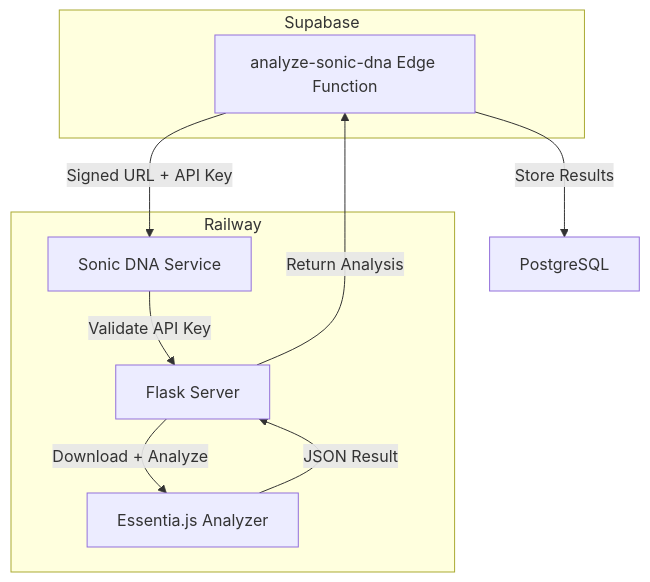
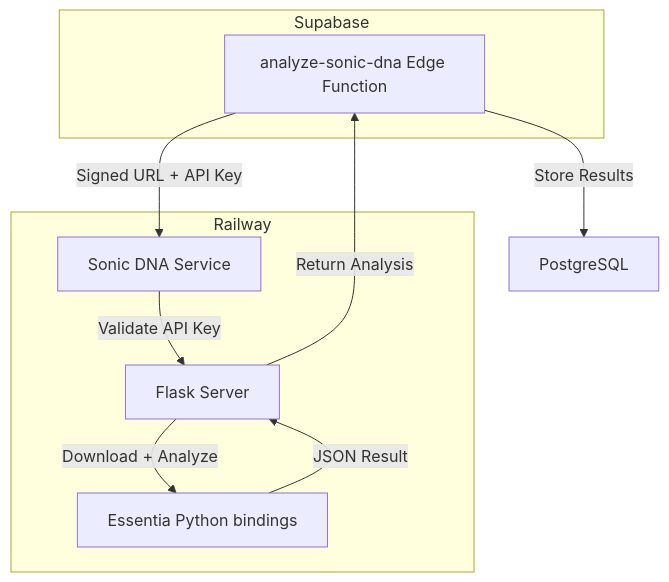
Before and after one commit to yannickrastogi/trakalo-muse-palette: the fourth of 23 diagrams in docs/ARCHITECTURE/05-SERVICE_ARCHITECTURE.md, drawn with Mermaid. The commit also changed other lines of this file and 13 other files, not shown here.

First line of the commit message:
docs: targeted accuracy fixes across architecture and feature docs

````diff
--- a/docs/ARCHITECTURE/05-SERVICE_ARCHITECTURE.md
+++ b/docs/ARCHITECTURE/05-SERVICE_ARCHITECTURE.md
@@ -188,19 +188,19 @@
 ```mermaid
 flowchart TD
     subgraph Supabase
         A[analyze-sonic-dna Edge Function]
     end
     
     subgraph Railway
         B[Sonic DNA Service]
         C[Flask Server]
-        D[Essentia.js Analyzer]
+        D[Essentia Python bindings]
     end
     
     A -->|Signed URL + API Key| B
     B -->|Validate API Key| C
     C -->|Download + Analyze| D
     D -->|JSON Result| C
     C -->|Return Analysis| A
     A -->|Store Results| PostgreSQL
 ```
````
